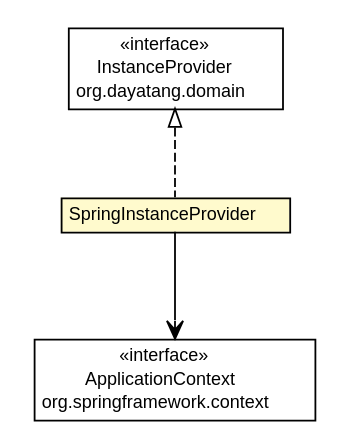
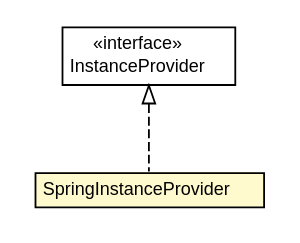
One commit to dayatang/dddlib changed the diagram in dddlib-ioc/dddlib-ioc-spring/apidocs/org/dayatang/ioc/spring/factory/SpringInstanceProvider.dot. Above: the diagram before and after it, drawn with Graphviz. The commit also changed 127 other files, not shown here.

```diff
--- a/dddlib-ioc/dddlib-ioc-spring/apidocs/org/dayatang/ioc/spring/factory/SpringInstanceProvider.dot
+++ b/dddlib-ioc/dddlib-ioc-spring/apidocs/org/dayatang/ioc/spring/factory/SpringInstanceProvider.dot
@@ -1,38 +1,27 @@
 #!/usr/local/bin/dot
 #
 # Class diagram 
 # Generated by UMLGraph version R5_6_6-8-g8d7759 (http://www.umlgraph.org/)
 #
 
 digraph G {
 	edge [fontname="Helvetica",fontsize=10,labelfontname="Helvetica",labelfontsize=10];
 	node [fontname="Helvetica",fontsize=10,shape=plaintext];
 	nodesep=0.25;
 	ranksep=0.5;
 	// org.dayatang.ioc.spring.factory.SpringInstanceProvider
-	c30 [label=<<table title="org.dayatang.ioc.spring.factory.SpringInstanceProvider" border="0" cellborder="1" cellspacing="0" cellpadding="2" port="p" bgcolor="lemonChiffon" href="./SpringInstanceProvider.html">
+	c28 [label=<<table title="org.dayatang.ioc.spring.factory.SpringInstanceProvider" border="0" cellborder="1" cellspacing="0" cellpadding="2" port="p" bgcolor="lemonChiffon" href="./SpringInstanceProvider.html">
 		<tr><td><table border="0" cellspacing="0" cellpadding="1">
 <tr><td align="center" balign="center"> SpringInstanceProvider </td></tr>
 		</table></td></tr>
 		</table>>, URL="./SpringInstanceProvider.html", fontname="Helvetica", fontcolor="black", fontsize=10.0];
 	//org.dayatang.ioc.spring.factory.SpringInstanceProvider implements org.dayatang.domain.InstanceProvider
-	c33:p -> c30:p [dir=back,arrowtail=empty,style=dashed];
-	// org.dayatang.ioc.spring.factory.SpringInstanceProvider NAVASSOC org.springframework.context.ApplicationContext
-	c30:p -> c41:p [taillabel="", label=" "headlabel="", fontname="Helvetica", fontcolor="black", fontsize=10.0, color="black", arrowhead=open];
-	// org.springframework.context.ApplicationContext
-	c41 [label=<<table title="org.springframework.context.ApplicationContext" border="0" cellborder="1" cellspacing="0" cellpadding="2" port="p" href="http://java.sun.com/j2se/1.4.2/docs/api/org/springframework/context/ApplicationContext.html">
-		<tr><td><table border="0" cellspacing="0" cellpadding="1">
-<tr><td align="center" balign="center"> &#171;interface&#187; </td></tr>
-<tr><td align="center" balign="center"> ApplicationContext </td></tr>
-<tr><td align="center" balign="center"> org.springframework.context </td></tr>
-		</table></td></tr>
-		</table>>, URL="http://java.sun.com/j2se/1.4.2/docs/api/org/springframework/context/ApplicationContext.html", fontname="Helvetica", fontcolor="black", fontsize=10.0];
+	c31:p -> c28:p [dir=back,arrowtail=empty,style=dashed];
 	// org.dayatang.domain.InstanceProvider
-	c33 [label=<<table title="org.dayatang.domain.InstanceProvider" border="0" cellborder="1" cellspacing="0" cellpadding="2" port="p" href="http://java.sun.com/j2se/1.4.2/docs/api/org/dayatang/domain/InstanceProvider.html">
+	c31 [label=<<table title="org.dayatang.domain.InstanceProvider" border="0" cellborder="1" cellspacing="0" cellpadding="2" port="p">
 		<tr><td><table border="0" cellspacing="0" cellpadding="1">
 <tr><td align="center" balign="center"> &#171;interface&#187; </td></tr>
 <tr><td align="center" balign="center"> InstanceProvider </td></tr>
-<tr><td align="center" balign="center"> org.dayatang.domain </td></tr>
 		</table></td></tr>
-		</table>>, URL="http://java.sun.com/j2se/1.4.2/docs/api/org/dayatang/domain/InstanceProvider.html", fontname="Helvetica", fontcolor="black", fontsize=10.0];
+		</table>>, URL="null", fontname="Helvetica", fontcolor="black", fontsize=10.0];
 }
```
